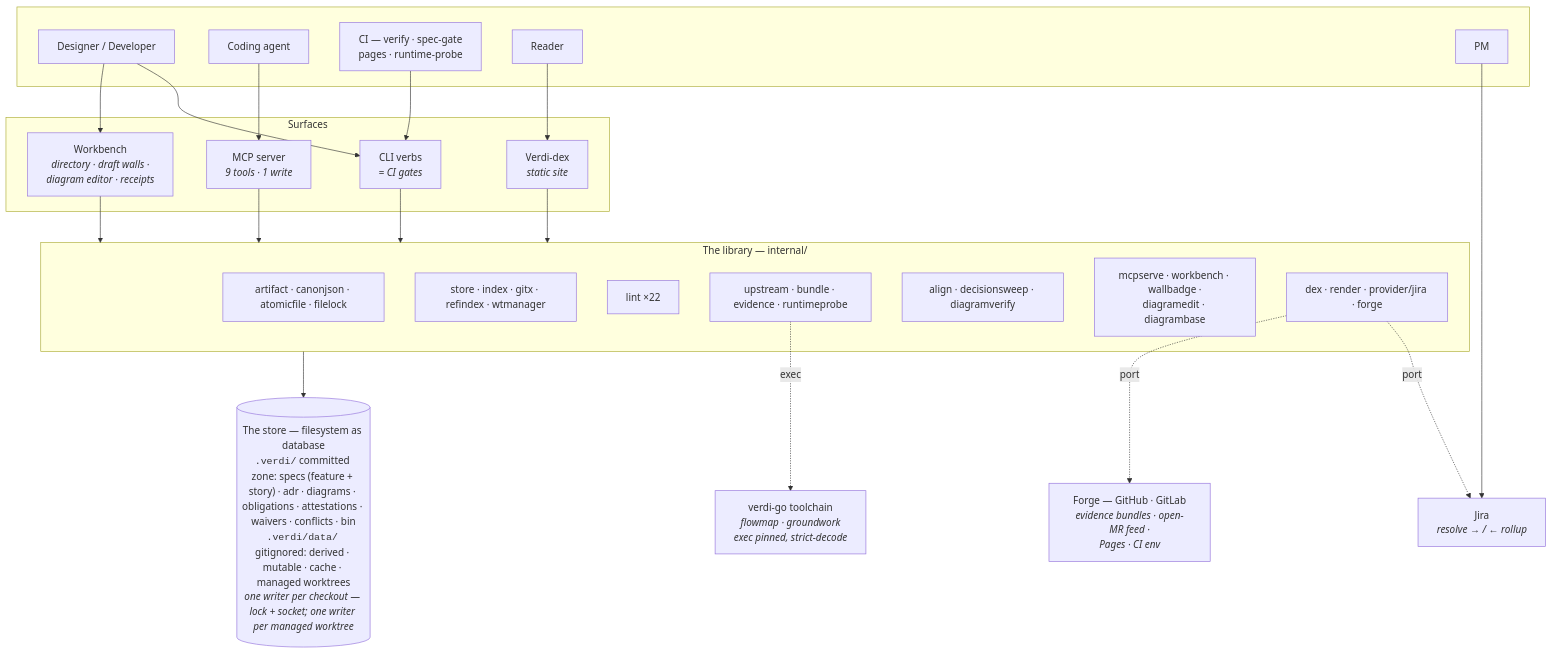
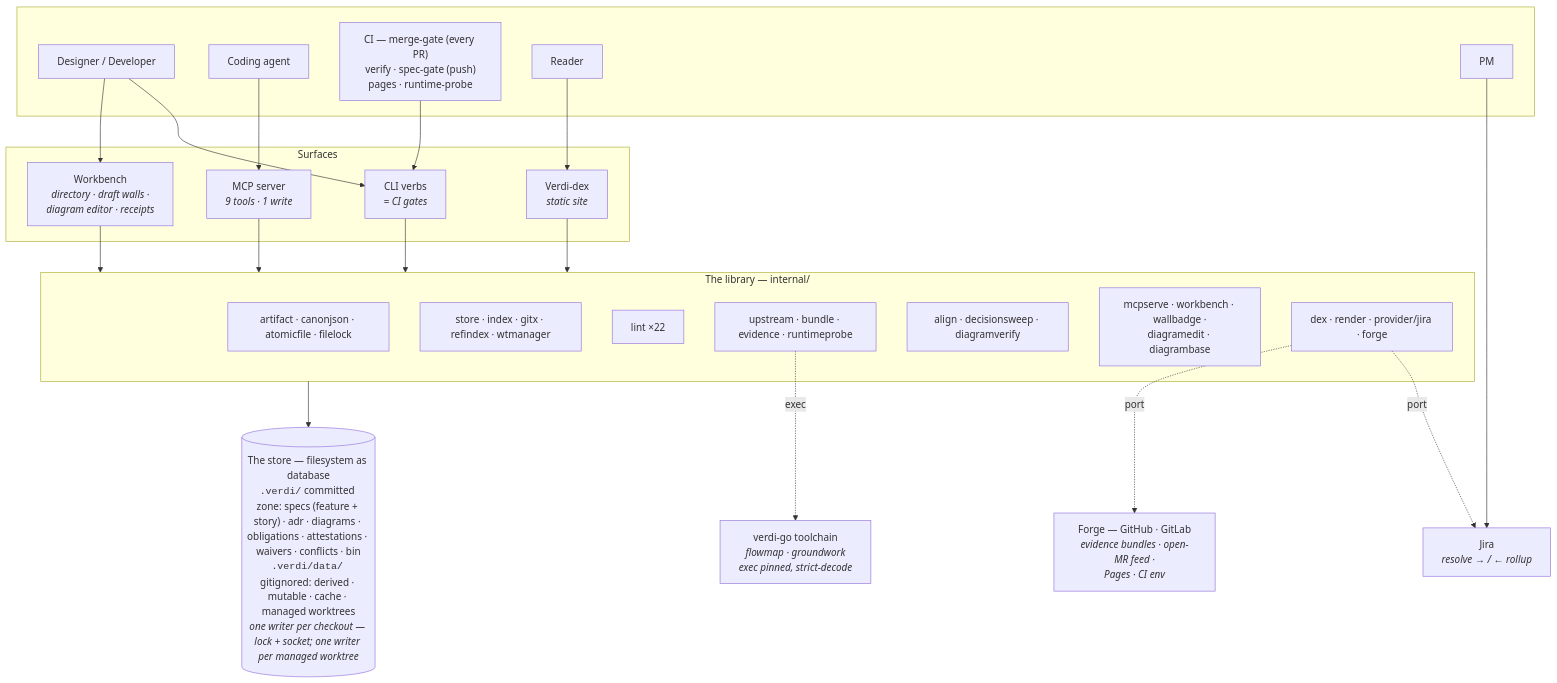
The first of 3 diagrams in docs/architecture-and-journeys.md (jyang234/verdi), drawn with Mermaid before and after one commit. The commit also changed other lines of this file, not shown here.

First line of the commit message:
Update the architecture guide to the merge-gate PR topology

````diff
--- a/docs/architecture-and-journeys.md
+++ b/docs/architecture-and-journeys.md
@@ -47,50 +52,50 @@
 ```mermaid
 flowchart TD
     subgraph actors [" "]
         DEV["Designer / Developer"]
         AGENT["Coding agent"]
-        CI["CI — verify · spec-gate<br/>pages · runtime-probe"]
+        CI["CI — merge-gate (every PR)<br/>verify · spec-gate (push)<br/>pages · runtime-probe"]
         READER["Reader"]
         PM["PM"]
     end
 
     subgraph surfaces ["Surfaces"]
         WB["Workbench<br/><i>directory · draft walls ·<br/>diagram editor · receipts</i>"]
         MCP["MCP server<br/><i>9 tools · 1 write</i>"]
         CLI["CLI verbs<br/><i>= CI gates</i>"]
         DEX["Verdi-dex<br/><i>static site</i>"]
     end
 
     subgraph lib ["The library — internal/"]
         L1["artifact · canonjson · atomicfile · filelock"]
         L2["store · index · gitx · refindex · wtmanager"]
         L3["lint ×22"]
         L4["upstream · bundle · evidence · runtimeprobe"]
         L5["align · decisionsweep · diagramverify"]
         L6["mcpserve · workbench · wallbadge ·<br/>diagramedit · diagrambase"]
         L7["dex · render · provider/jira · forge"]
     end
 
     STORE[("The store — filesystem as database<br/><code>.verdi/</code> committed zone: specs (feature + story) · adr · diagrams · obligations · attestations · waivers · conflicts · bin<br/><code>.verdi/data/</code> gitignored: derived · mutable · cache · managed worktrees<br/><i>one writer per checkout — lock + socket; one writer per managed worktree</i>")]
 
     TOOLCHAIN["verdi-go toolchain<br/><i>flowmap · groundwork<br/>exec pinned, strict-decode</i>"]
     FORGE["Forge — GitHub · GitLab<br/><i>evidence bundles · open-MR feed ·<br/>Pages · CI env</i>"]
     JIRA["Jira<br/><i>resolve → / ← rollup</i>"]
 
     DEV --> WB
     DEV --> CLI
     AGENT --> MCP
     CI --> CLI
     READER --> DEX
     PM --> JIRA
 
     WB --> lib
     MCP --> lib
     CLI --> lib
     DEX --> lib
     lib --> STORE
 
     L4 -.exec.-> TOOLCHAIN
     L7 -.port.-> FORGE
     L7 -.port.-> JIRA
 ```
````
